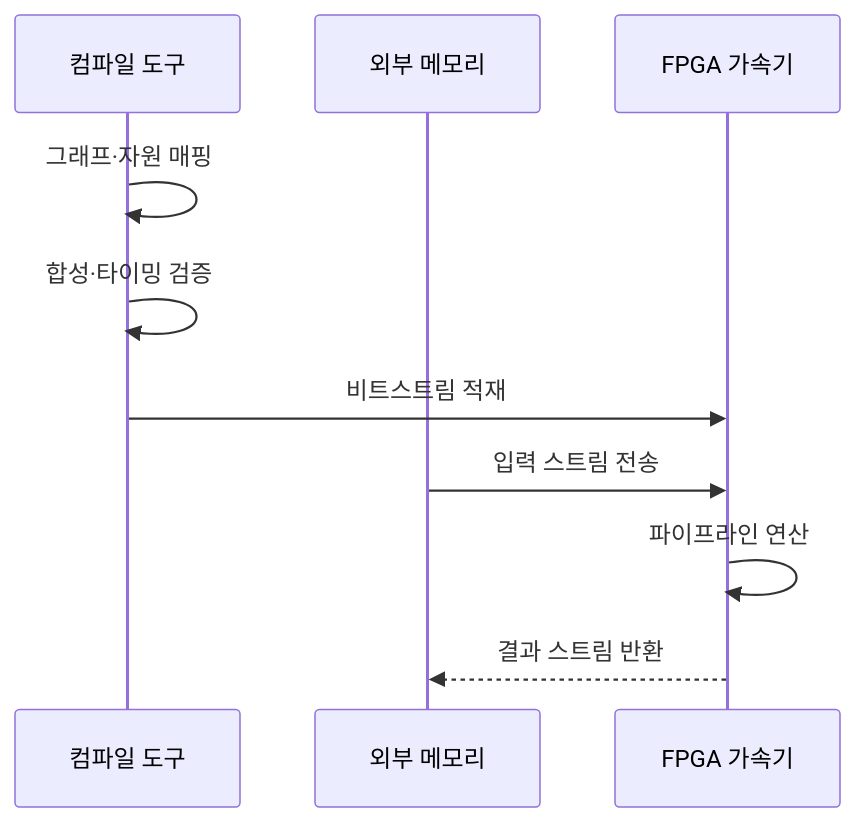
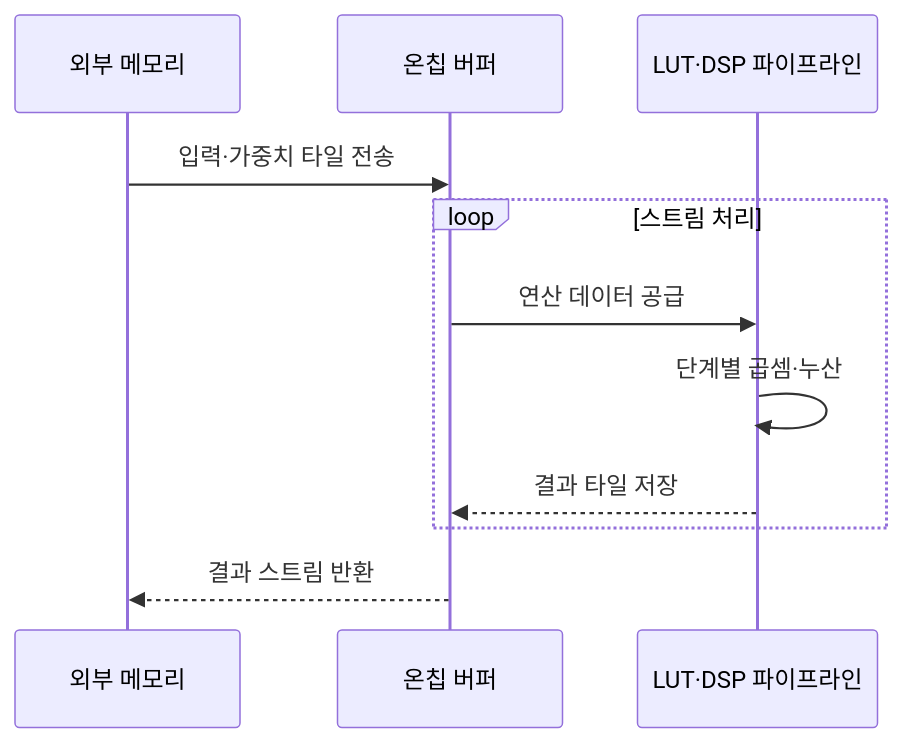
One commit to agnusdei1207/knowledge-base changed the second of 2 diagrams in src/content/docs/notes/02-hardware/039_fpga_ai_acceleration.md. Above: the diagram before and after it, drawn with Mermaid. The commit also changed other lines of this file and 17 other files, not shown here.

````diff
--- a/src/content/docs/notes/02-hardware/039_fpga_ai_acceleration.md
+++ b/src/content/docs/notes/02-hardware/039_fpga_ai_acceleration.md
@@ -99,12 +99,13 @@
 ```mermaid
 sequenceDiagram
-    participant D as 컴파일 도구
     participant M as 외부 메모리
-    participant F as FPGA 가속기
-    D->>D: 그래프·자원 매핑
-    D->>D: 합성·타이밍 검증
-    D->>F: 비트스트림 적재
-    M->>F: 입력 스트림 전송
-    F->>F: 파이프라인 연산
-    F-->>M: 결과 스트림 반환
+    participant B as 온칩 버퍼
+    participant P as LUT·DSP 파이프라인
+    M->>B: 입력·가중치 타일 전송
+    loop 스트림 처리
+        B->>P: 연산 데이터 공급
+        P->>P: 단계별 곱셈·누산
+        P-->>B: 결과 타일 저장
+    end
+    B-->>M: 결과 스트림 반환
 ```
````
